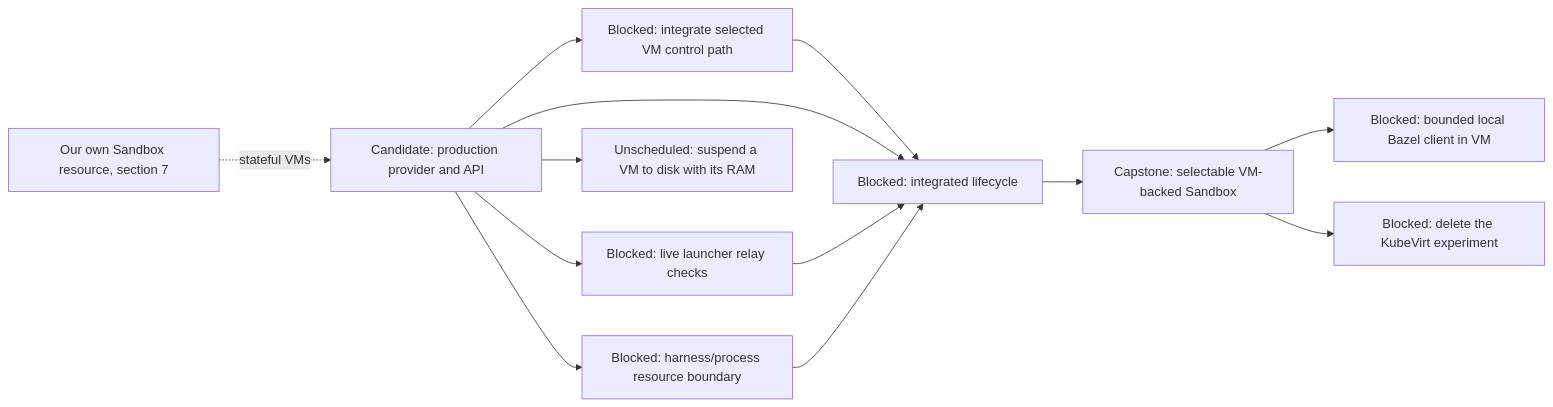
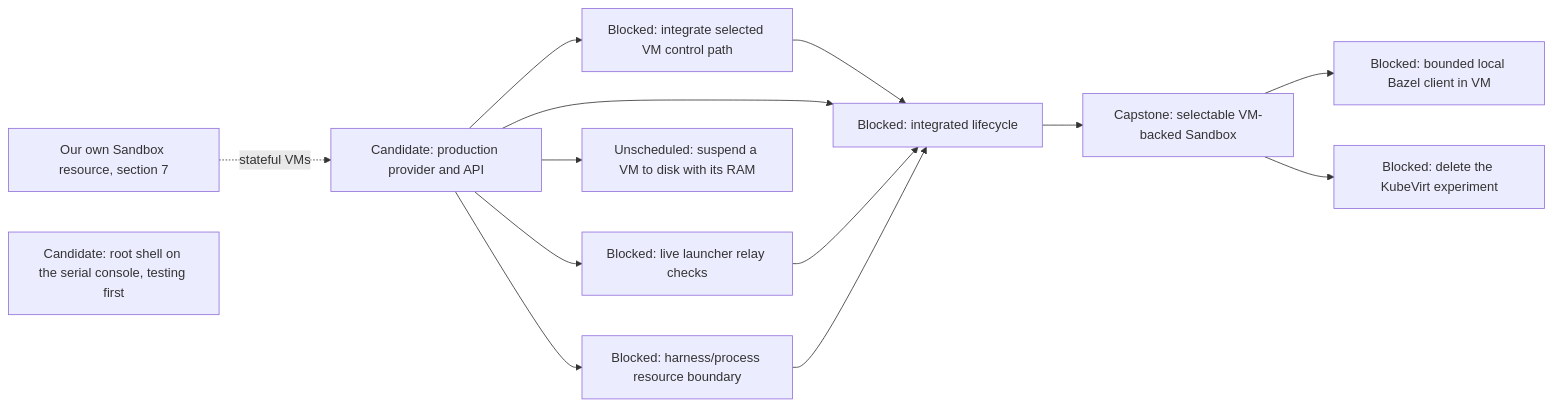
Before and after one commit to agentydragon-agent/ducktape: the sixth of 15 diagrams in agentplane/plans/task_dag.md, drawn with Mermaid. The commit also changed other lines of this file, not shown here.

First line of the commit message:
agentplane DAG: VM console autologin candidate (#10290)

````diff
--- a/agentplane/plans/task_dag.md
+++ b/agentplane/plans/task_dag.md
@@ -336,22 +336,23 @@
 ```mermaid
 flowchart LR
     VM_CONTROL_NETWORKING[Blocked: integrate selected VM control path]
     VM_PROVIDER[Candidate: production provider and API]
     AGENTPLANE_SANDBOX_RESOURCE[Our own Sandbox resource, section 7]
     VM_EGRESS[Blocked: live launcher relay checks]
+    VM_CONSOLE_AUTOLOGIN[Candidate: root shell on the serial console, testing first]
     VM_RAM_SUSPEND[Unscheduled: suspend a VM to disk with its RAM]
     VM_PROCESS_ISOLATION[Blocked: harness/process resource boundary]
     VM_LIFECYCLE[Blocked: integrated lifecycle]
     VM_PROVIDER --> VM_CONTROL_NETWORKING
     AGENTPLANE_SANDBOX_RESOURCE -. stateful VMs .-> VM_PROVIDER
     VM_CONTROL_NETWORKING --> VM_LIFECYCLE
     VM_PROVIDER --> VM_PROCESS_ISOLATION
     VM_PROVIDER --> VM_LIFECYCLE
     VM_PROVIDER --> VM_EGRESS
     VM_PROVIDER --> VM_RAM_SUSPEND
     VM_EGRESS --> VM_LIFECYCLE
     VM_PROCESS_ISOLATION --> VM_LIFECYCLE
     VM_LIFECYCLE --> SANDBOX_VM_ISOLATION[Capstone: selectable VM-backed Sandbox]
     SANDBOX_VM_ISOLATION --> LOCAL_BAZEL[Blocked: bounded local Bazel client in VM]
     SANDBOX_VM_ISOLATION --> KUBEVIRT_EXPERIMENT_RETIRE[Blocked: delete the KubeVirt experiment]
 ```
````
